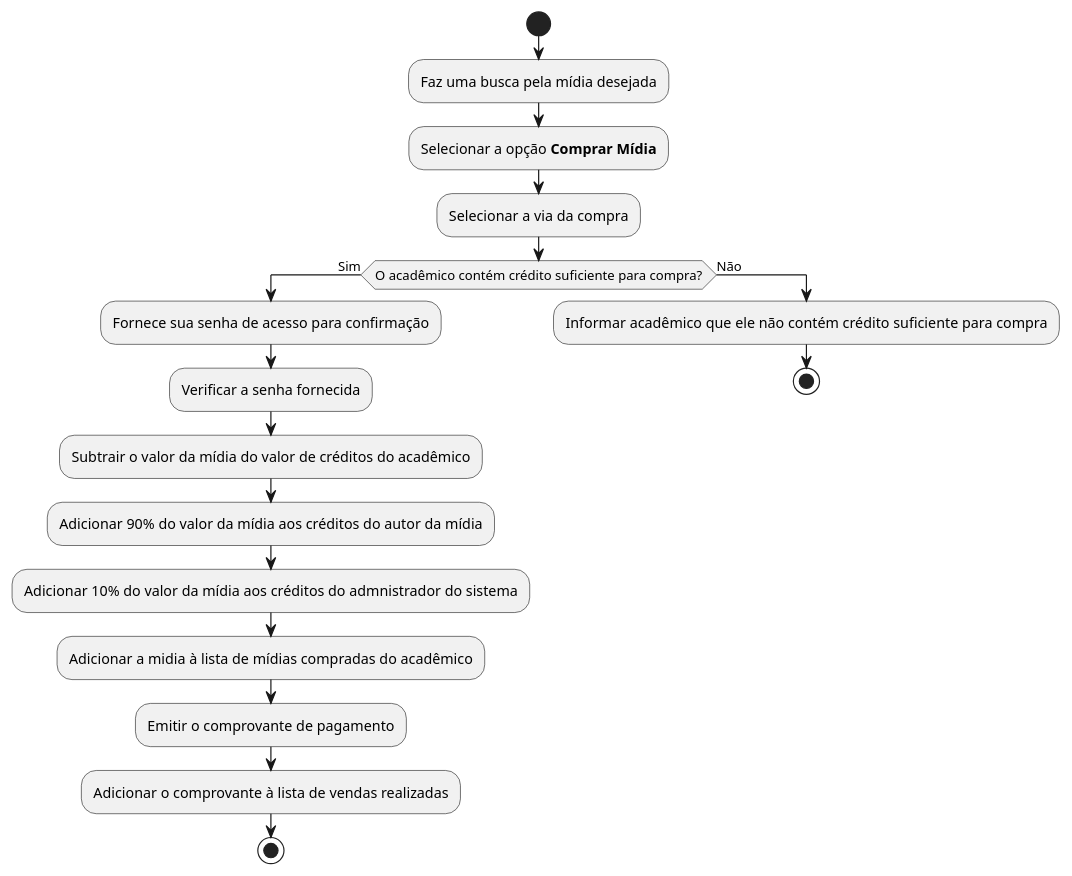
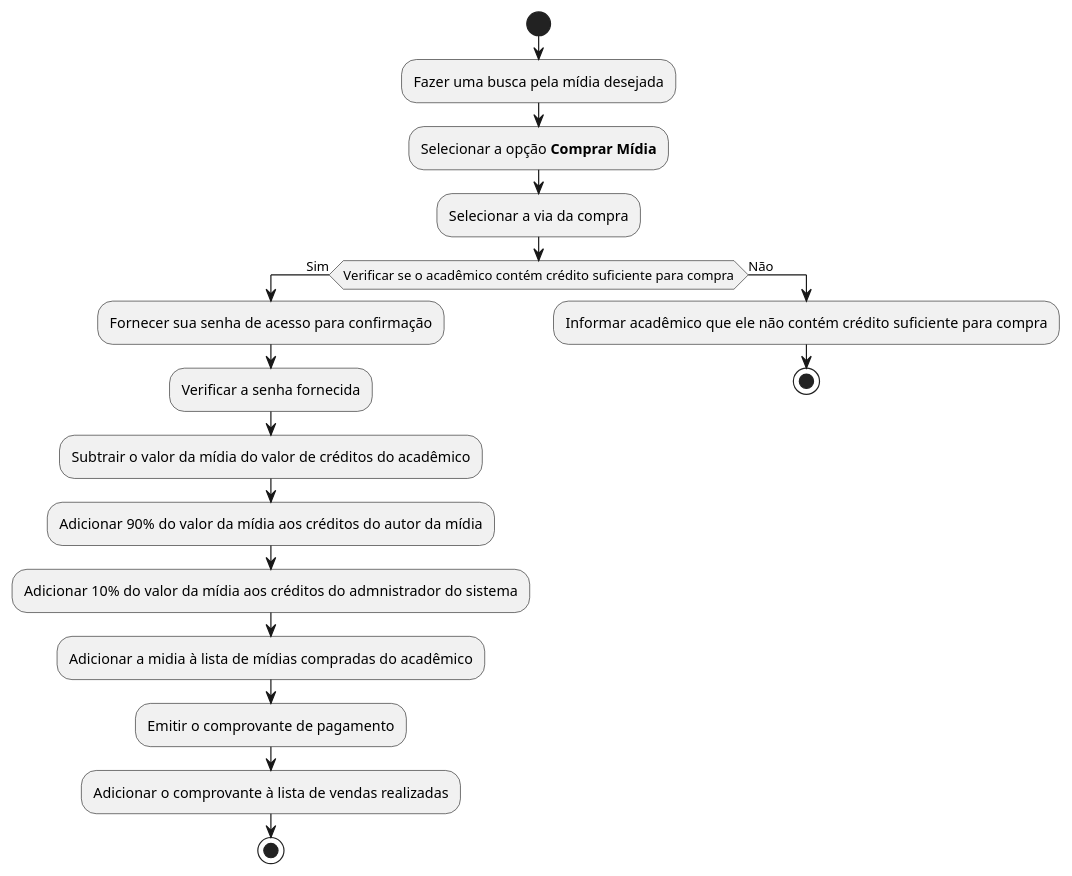
The diagram in activity-diagrams/comprar-midia.iuml (arielazzi/desenvolvimento-de-software-I), drawn with PlantUML before and after one commit. The commit also changed 4 other files, not shown here.

Commit message:
activity-diagrams

```diff
--- a/activity-diagrams/comprar-midia.iuml
+++ b/activity-diagrams/comprar-midia.iuml
@@ -1,21 +1,21 @@
 @startuml comprar-midia
 
 start
-:Faz uma busca pela mídia desejada;
+:Fazer uma busca pela mídia desejada;
 :Selecionar a opção **Comprar Mídia**;
 :Selecionar a via da compra;
-if (O acadêmico contém crédito suficiente para compra?) then (Sim)
-    :Fornece sua senha de acesso para confirmação;
+if (Verificar se o acadêmico contém crédito suficiente para compra) then (Sim)
+    :Fornecer sua senha de acesso para confirmação;
     :Verificar a senha fornecida;
     :Subtrair o valor da mídia do valor de créditos do acadêmico;
     :Adicionar 90% do valor da mídia aos créditos do autor da mídia;
     :Adicionar 10% do valor da mídia aos créditos do admnistrador do sistema;
     :Adicionar a midia à lista de mídias compradas do acadêmico;
     :Emitir o comprovante de pagamento;
     :Adicionar o comprovante à lista de vendas realizadas;
     stop
 else (Não)
     :Informar acadêmico que ele não contém crédito suficiente para compra;
     stop
 
     @enduml
```
